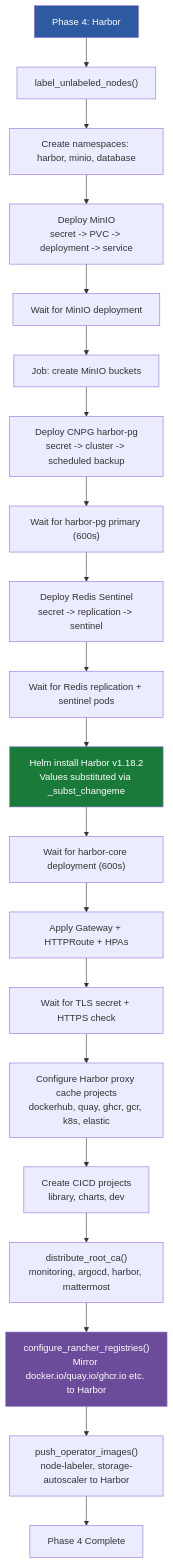
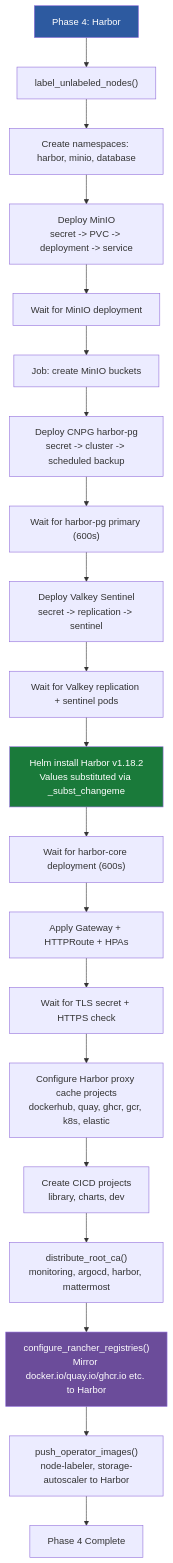
The eighth of 22 diagrams in docs/engineering/deployment-automation.md (derhornspieler/harvester-rke2-platform), drawn with Mermaid before and after one commit. The commit also changed other lines of this file and 40 other files, not shown here.

````diff
--- a/docs/engineering/deployment-automation.md
+++ b/docs/engineering/deployment-automation.md
@@ -524,36 +529,36 @@
 ```mermaid
 flowchart TD
     START["Phase 4: Harbor"] --> LABELS["label_unlabeled_nodes()"]
     LABELS --> NS["Create namespaces: harbor, minio, database"]
 
     NS --> MINIO["Deploy MinIO<br/>secret -> PVC -> deployment -> service"]
     MINIO --> MINIOW["Wait for MinIO deployment"]
     MINIOW --> BUCKET["Job: create MinIO buckets"]
 
     BUCKET --> PG["Deploy CNPG harbor-pg<br/>secret -> cluster -> scheduled backup"]
     PG --> PGW["Wait for harbor-pg primary (600s)"]
 
-    PGW --> VALKEY["Deploy Redis Sentinel<br/>secret -> replication -> sentinel"]
-    VALKEY --> VALKEYW["Wait for Redis replication + sentinel pods"]
+    PGW --> VALKEY["Deploy Valkey Sentinel<br/>secret -> replication -> sentinel"]
+    VALKEY --> VALKEYW["Wait for Valkey replication + sentinel pods"]
 
     VALKEYW --> HARBOR["Helm install Harbor v1.18.2<br/>Values substituted via _subst_changeme"]
     HARBOR --> HW["Wait for harbor-core deployment (600s)"]
 
     HW --> GW["Apply Gateway + HTTPRoute + HPAs"]
     GW --> TLS["Wait for TLS secret + HTTPS check"]
 
     TLS --> PROXY["Configure Harbor proxy cache projects<br/>dockerhub, quay, ghcr, gcr, k8s, elastic"]
     PROXY --> CICD["Create CICD projects<br/>library, charts, dev"]
 
     CICD --> ROOTCA["distribute_root_ca()<br/>monitoring, argocd, harbor, mattermost"]
 
     ROOTCA --> REG["configure_rancher_registries()<br/>Mirror docker.io/quay.io/ghcr.io etc. to Harbor"]
 
     REG --> PUSH["push_operator_images()<br/>node-labeler, storage-autoscaler to Harbor"]
 
     PUSH --> DONE["Phase 4 Complete"]
 
     style START fill:#2d5aa0,color:#fff
     style HARBOR fill:#1a7a3a,color:#fff
     style REG fill:#6b4c9a,color:#fff
 ```
````
